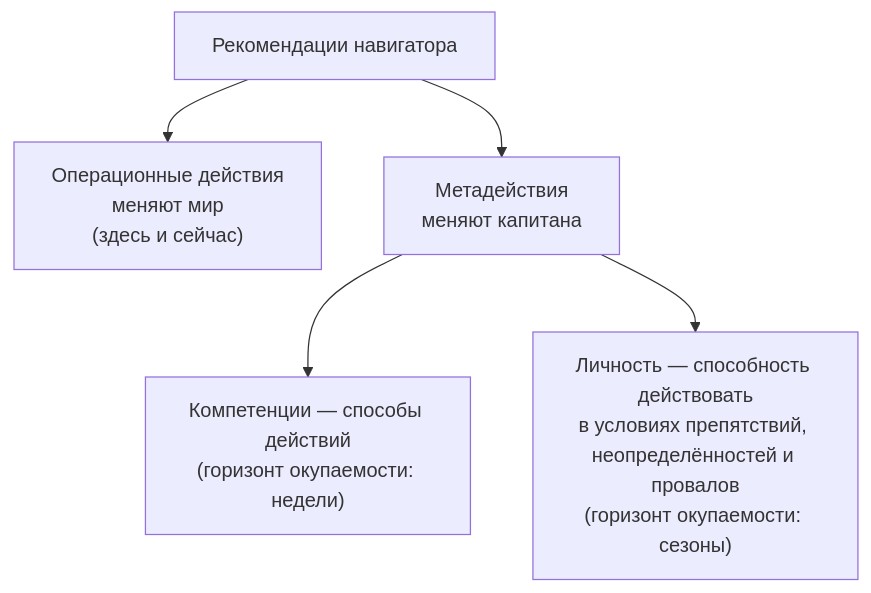
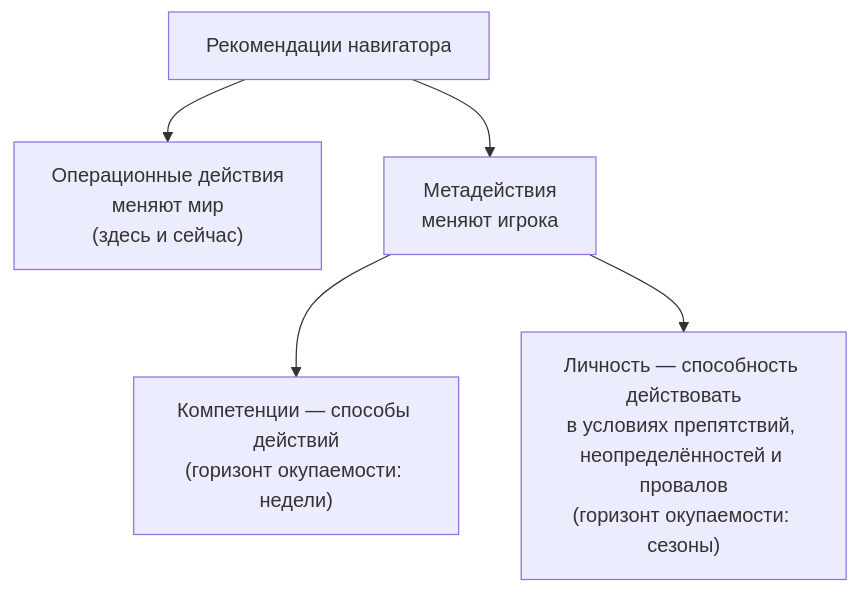
One commit to plykov/real-agi changed the diagram in Ru/1_Concept/5_two-levels-and-group-dynamics.md. Above: the diagram before and after it, drawn with Mermaid. The commit also changed other lines of this file and 3 other files, not shown here.

````diff
--- a/Ru/1_Concept/5_two-levels-and-group-dynamics.md
+++ b/Ru/1_Concept/5_two-levels-and-group-dynamics.md
@@ -61,8 +61,8 @@
 ```mermaid
 flowchart TB
     NAV["Рекомендации навигатора"]
     NAV --> OP["Операционные действия<br/>меняют мир<br/>(здесь и сейчас)"]
-    NAV --> META["Метадействия<br/>меняют капитана"]
+    NAV --> META["Метадействия<br/>меняют игрока"]
     META --> COMP["Компетенции — способы действий<br/>(горизонт окупаемости: недели)"]
     META --> PERS["Личность — способность действовать<br/>в условиях препятствий, неопределённостей и провалов<br/>(горизонт окупаемости: сезоны)"]
 ```
````
